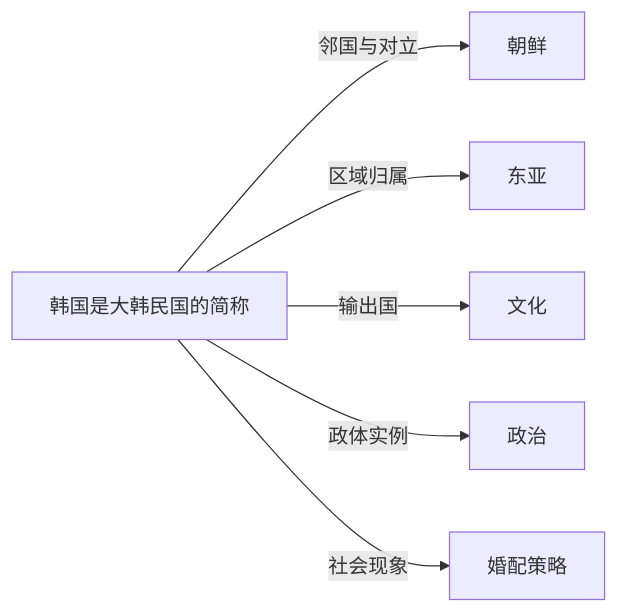
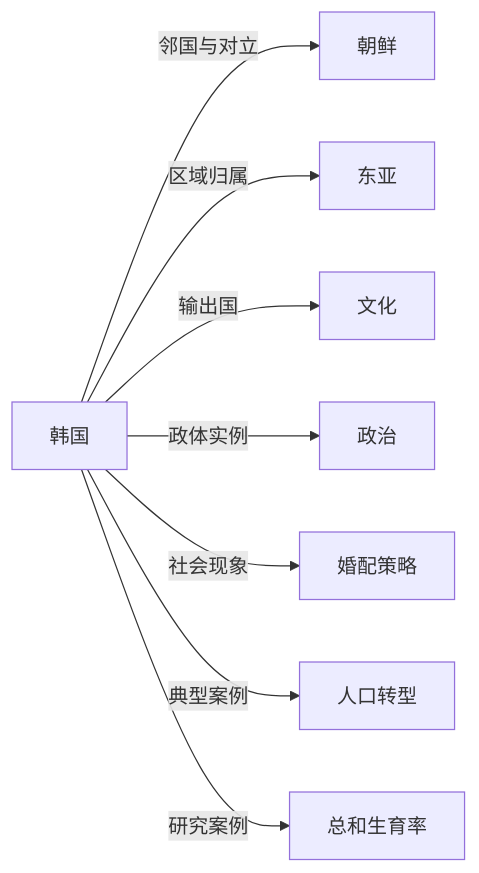
Before and after one commit to KIMMCHOW/MyKnowledge: the diagram in Knowledge/Concepts/政治/韩国.md, drawn with Mermaid. The commit also changed 96 other files, not shown here.

Commit message:
fix: 修复概念页关系图节点并补齐缺失关联

````diff
--- a/Knowledge/Concepts/政治/韩国.md
+++ b/Knowledge/Concepts/政治/韩国.md
@@ -46,8 +46,10 @@
 ```mermaid
 graph LR
-    韩国是大韩民国的简称 -->|邻国与对立| 朝鲜
-    韩国是大韩民国的简称 -->|区域归属| 东亚
-    韩国是大韩民国的简称 -->|输出国| 文化
-    韩国是大韩民国的简称 -->|政体实例| 政治
-    韩国是大韩民国的简称 -->|社会现象| 婚配策略
+韩国 -->|邻国与对立| 朝鲜
+韩国 -->|区域归属| 东亚
+韩国 -->|输出国| 文化
+韩国 -->|政体实例| 政治
+韩国 -->|社会现象| 婚配策略
+韩国 -->|典型案例| 人口转型
+韩国 -->|研究案例| 总和生育率
 ```
````
